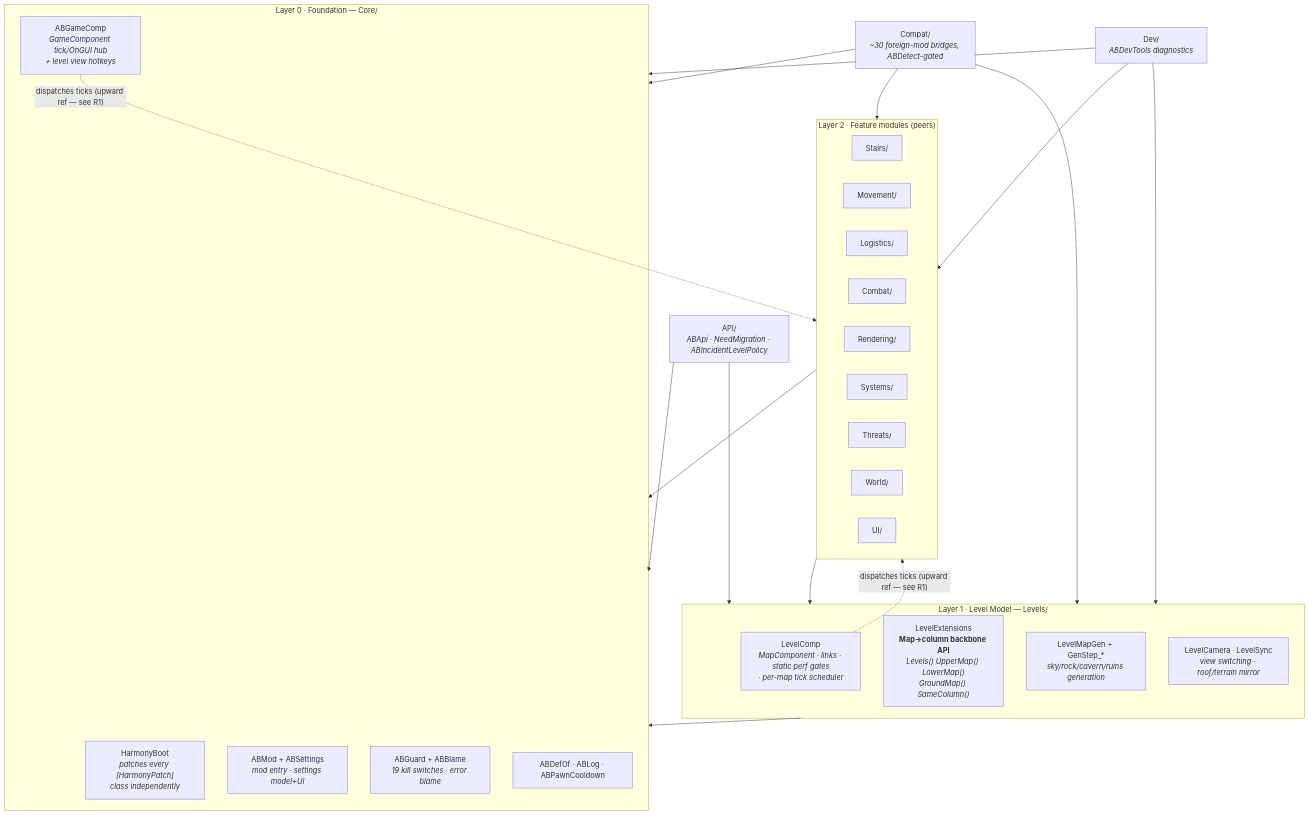
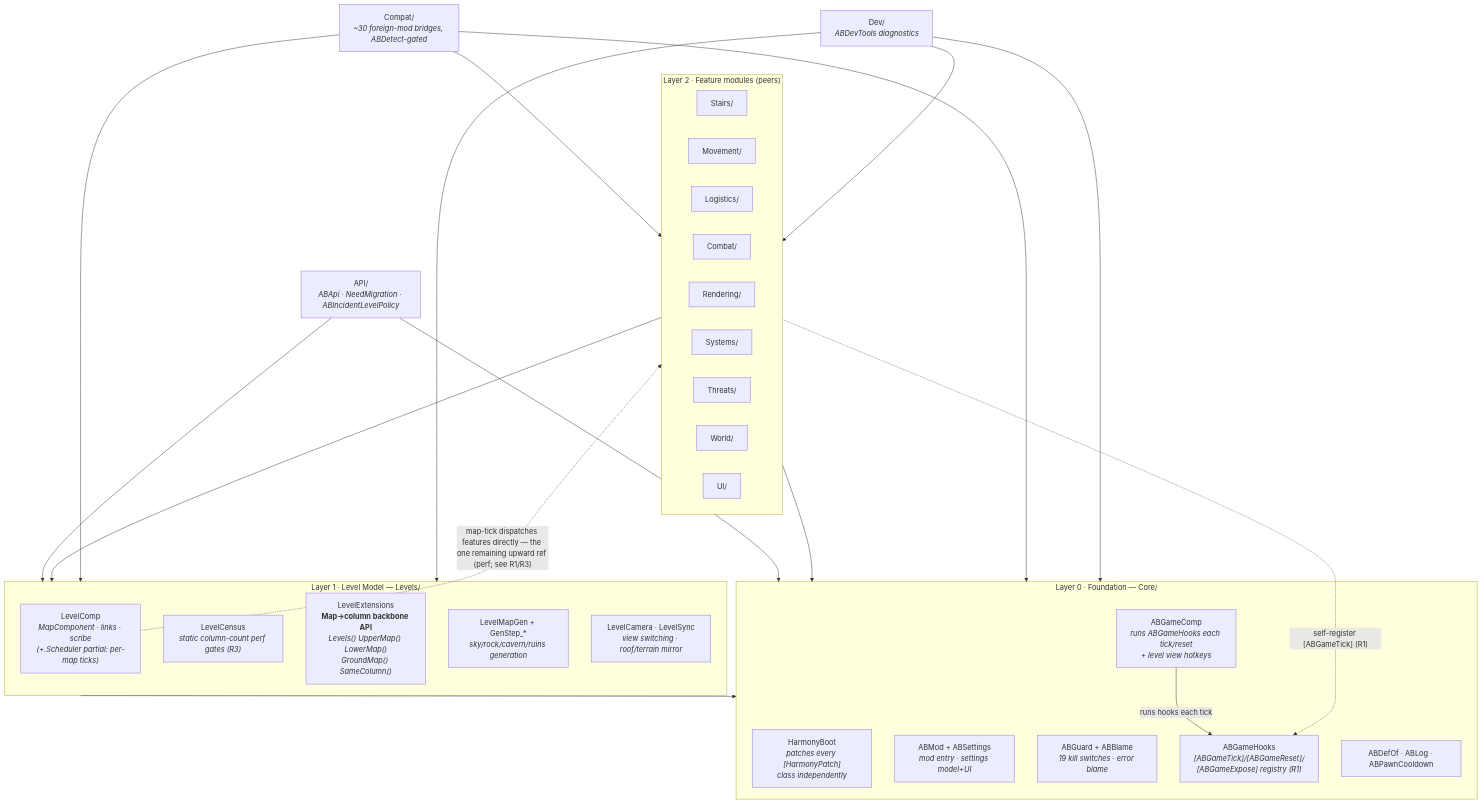
Before and after one commit to Astryls/As-above-So-below: the first of 3 diagrams in ARCHITECTURE.md, drawn with Mermaid. The commit also changed other lines of this file and 1 other file, not shown here.

````diff
--- a/ARCHITECTURE.md
+++ b/ARCHITECTURE.md
@@ -87,49 +90,52 @@
 ```mermaid
 flowchart TD
     subgraph L0["Layer 0 · Foundation — Core/"]
         Boot["HarmonyBoot<br/><i>patches every [HarmonyPatch]<br/>class independently</i>"]
         Mod["ABMod + ABSettings<br/><i>mod entry · settings model+UI</i>"]
         Guard["ABGuard + ABBlame<br/><i>19 kill switches · error blame</i>"]
-        GameComp["ABGameComp<br/><i>GameComponent tick/OnGUI hub<br/>+ level view hotkeys</i>"]
+        GameComp["ABGameComp<br/><i>runs ABGameHooks each tick/reset<br/>+ level view hotkeys</i>"]
+        Hooks["ABGameHooks<br/><i>[ABGameTick]/[ABGameReset]/<br/>[ABGameExpose] registry (R1)</i>"]
         DefOf["ABDefOf · ABLog · ABPawnCooldown"]
     end
 
     subgraph L1["Layer 1 · Level Model — Levels/"]
-        Comp["LevelComp<br/><i>MapComponent · links · static perf gates<br/>· per-map tick scheduler</i>"]
+        Comp["LevelComp<br/><i>MapComponent · links · scribe<br/>(+.Scheduler partial: per-map ticks)</i>"]
+        Census["LevelCensus<br/><i>static column-count perf gates (R3)</i>"]
         Ext["LevelExtensions<br/><b>Map→column backbone API</b><br/><i>Levels() UpperMap() LowerMap()<br/>GroundMap() SameColumn()</i>"]
         Gen["LevelMapGen + GenStep_*<br/><i>sky/rock/cavern/ruins generation</i>"]
         Cam["LevelCamera · LevelSync<br/><i>view switching · roof/terrain mirror</i>"]
     end
 
     API["API/<br/><i>ABApi · NeedMigration · ABIncidentLevelPolicy</i>"]
 
     subgraph L2["Layer 2 · Feature modules (peers)"]
         Stairs["Stairs/"]
         Movement["Movement/"]
         Logistics["Logistics/"]
         Combat["Combat/"]
         Rendering["Rendering/"]
         Systems["Systems/"]
         Threats["Threats/"]
         World["World/"]
         UI["UI/"]
     end
 
     Compat["Compat/<br/><i>~30 foreign-mod bridges, ABDetect-gated</i>"]
     Dev["Dev/<br/><i>ABDevTools diagnostics</i>"]
 
     L1 --> L0
     API --> L1
     API --> L0
     L2 --> L1
     L2 --> L0
     Compat --> L2
     Compat --> L1
     Compat --> L0
     Dev --> L2
     Dev --> L1
     Dev --> L0
 
-    GameComp -. "dispatches ticks (upward ref — see R1)" .-> L2
-    Comp -. "dispatches ticks (upward ref — see R1)" .-> L2
+    GameComp -->|"runs hooks each tick"| Hooks
+    L2 -. "self-register [ABGameTick] (R1)" .-> Hooks
+    Comp -. "map-tick dispatches features directly — the one remaining upward ref (perf; see R1/R3)" .-> L2
 ```
````
